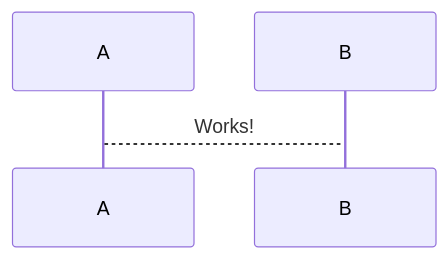
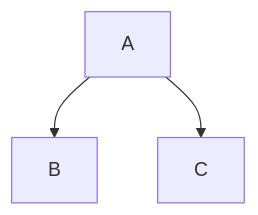
Before and after one commit to lavimonteiro/Killer-whale-website: the diagram in README.md, drawn with Mermaid.

````diff
--- a/README.md
+++ b/README.md
@@ -13,4 +13,5 @@
 ```mermaid
-sequenceDiagram
-  A-->B: Works!
+graph TD;
+  A-->B;
+  A-->C;
 ```
````
